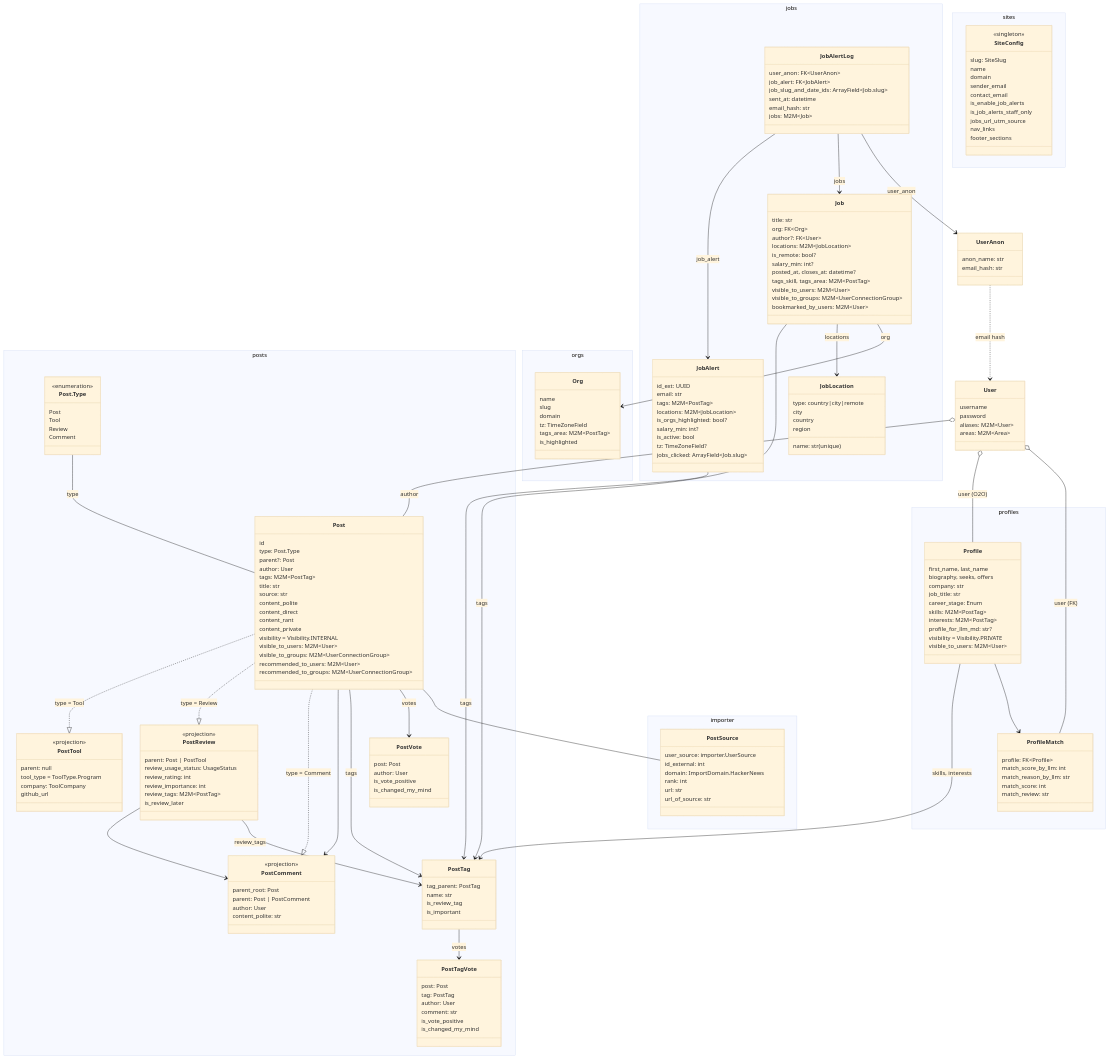
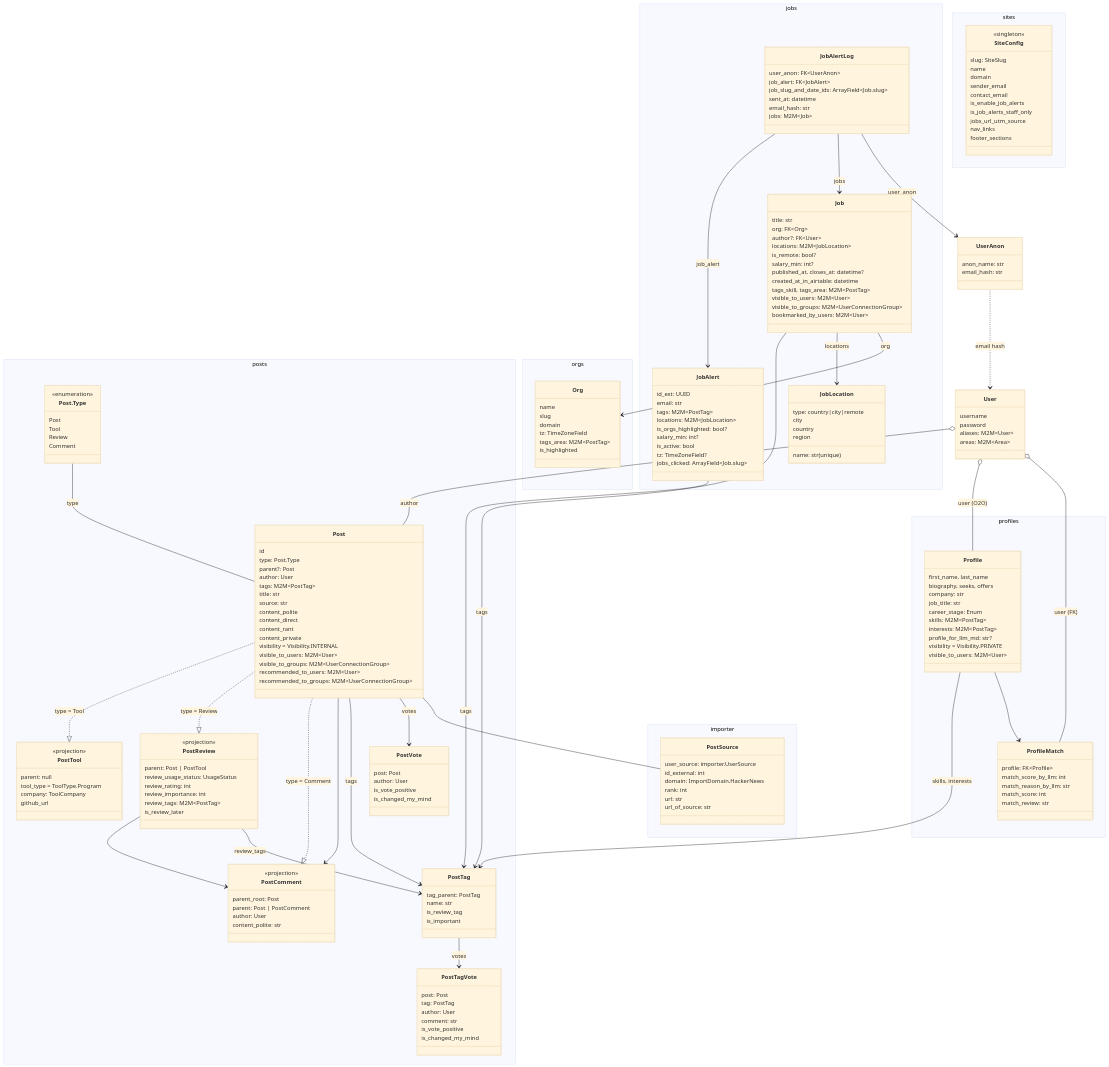
The diagram in docs/src/pages/development/README.mdx (neuronhub-app/NeuronHub), drawn with Mermaid (base theme) before and after one commit. The commit also changed 23 other files, not shown here.

First line of the commit message:
refac(jobs): on FE replace Job.posted_at by .published_at + rename it

```diff
--- a/docs/src/pages/development/README.mdx
+++ b/docs/src/pages/development/README.mdx
@@ -196,7 +196,8 @@
             locations: M2M~JobLocation~
             is_remote: bool?
             salary_min: int?
-            posted_at, closes_at: datetime?
+            published_at, closes_at: datetime?
+            created_at_in_airtable: datetime
             tags_skill, tags_area: M2M~PostTag~
             visible_to_users: M2M~User~
             visible_to_groups: M2M~UserConnectionGroup~
```
